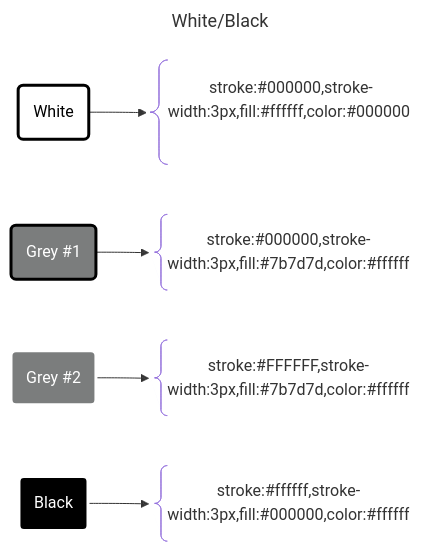
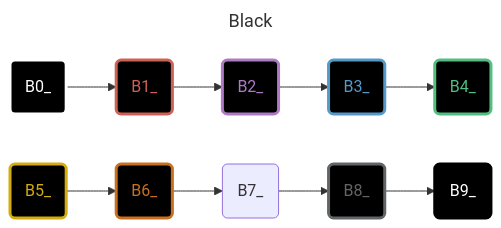
Before and after one commit to APrettyCoolProgram/aprettycoolprogram: the eighth of 8 diagrams in profile/mermaid/mermaid-colors.md, drawn with Mermaid. The commit also changed other lines of this file, not shown here.

````diff
--- a/profile/mermaid/mermaid-colors.md
+++ b/profile/mermaid/mermaid-colors.md
@@ -296,29 +320,31 @@
 ```mermaid
 ---
-title: White/Black
+title: Black
 ---
 flowchart LR
-  %% Components
-  White@{shape: rounded, label: "White"}
-  WhiteString@{shape: brace, label: "stroke:#000000,stroke-width:3px,fill:#ffffff,color:#000000  "}
-  GreyOne@{shape: rounded, label: "Grey #1"}
-  GreyOneString@{shape: brace, label: "stroke:#000000,stroke-width:3px,fill:#7b7d7d,color:#ffffff"}
-  GreyTwo@{shape: rounded, label: "Grey #2"}
-  GreyTwoString@{shape: brace, label: "stroke:#FFFFFF,stroke-width:3px,fill:#7b7d7d,color:#ffffff"}
-  Black@{shape: rounded, label: "Black"}
-  BlackString@{shape: brace, label: "stroke:#ffffff,stroke-width:3px,fill:#000000,color:#ffffff"}
-  %% Layout
-  White --> WhiteString
-  GreyOne --> GreyOneString
-  GreyTwo --> GreyTwoString
-  Black --> BlackString
-  %% Styles
-  classDef White stroke:#000000,stroke-width:3px,fill:#ffffff,color:#000000  
-  classDef GreyOne stroke:#000000,stroke-width:3px,fill:#7b7d7d,color:#ffffff
-  classDef GreyTwo stroke:#FFFFFF,stroke-width:3px,fill:#7b7d7d,color:#ffffff
-  classDef Black stroke:#ffffff,stroke-width:3px,fill:#000000,color:#ffffff
-  class White White
-  class GreyOne GreyOne
-  class GreyTwo GreyTwo
-  class Black Black
+  %% Components
+  B0@{shape: rounded, label: "B0_"}
+  B1@{shape: rounded, label: "B1_"}
+  B2@{shape: rounded, label: "B2_"}
+  B3@{shape: rounded, label: "B3_"}
+  B4@{shape: rounded, label: "B4_"}
+  B5@{shape: rounded, label: "B5_"}
+  B6@{shape: rounded, label: "B6_"}
+  B7@{shape: rounded, label: "B7_"}
+  B8@{shape: rounded, label: "B8_"}
+  B9@{shape: rounded, label: "B9_"}
+  %% Layout
+  B0:::B0_ --> B1:::B1_ --> B2:::B2_ --> B3:::B3_ --> B4:::B4_
+  B5:::B5_ --> B6:::B6_ --> B7:::W7_ --> B8:::B8_ --> B9:::B9_
+  %% Styles
+  classDef B0_ stroke:#FFFFFF,stroke-width:3px,fill:#000000,color:#FFFFFF
+  classDef B1_ stroke:#CD6155,stroke-width:3px,fill:#000000,color:#CD6155
+  classDef B2_ stroke:#af7ac5,stroke-width:3px,fill:#000000,color:#af7ac5
+  classDef B3_ stroke:#5499c7,stroke-width:3px,fill:#000000,color:#5499c7
+  classDef B4_ stroke:#52be80,stroke-width:3px,fill:#000000,color:#52be80
+  classDef B5_ stroke:#d4ac0d,stroke-width:3px,fill:#000000,color:#d4ac0d
+  classDef B6_ stroke:#ca6f1e,stroke-width:3px,fill:#000000,color:#ca6f1e 
+  classDef B7_ stroke:#7b7d7d,stroke-width:3px,fill:#000000,color:#7b7d7d
+  classDef B8_ stroke:#626567,stroke-width:3px,fill:#000000,color:#626567 
+  classDef B9_ stroke:#000000,stroke-width:3px,fill:#000000,color:#FFFFFF
 ```
````
